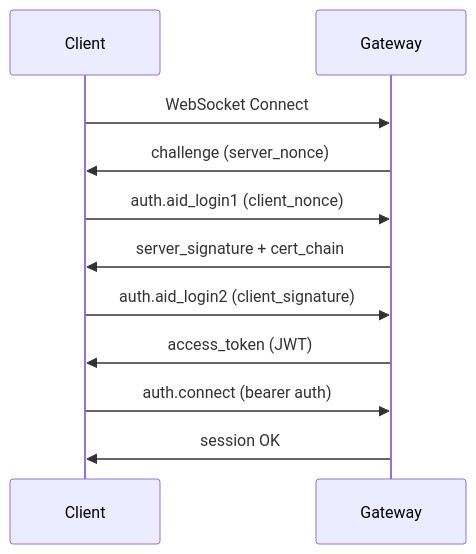
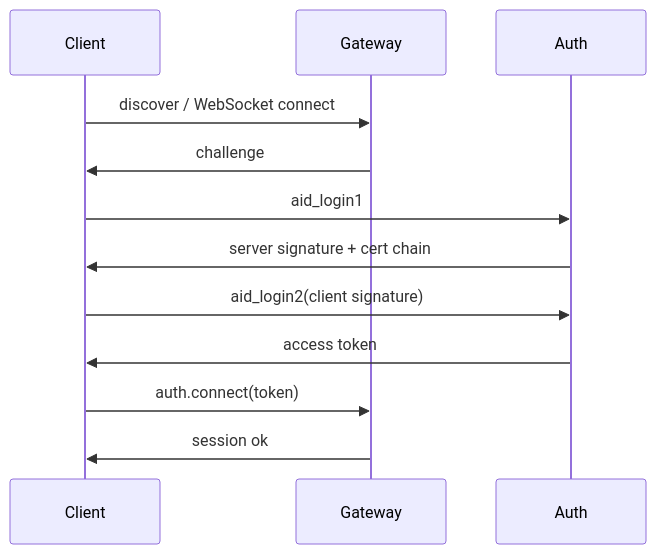
The second of 2 diagrams in docs/sdk/03-核心概念.md (ModelUnion/aun-sdk-core), drawn with Mermaid before and after one commit. The commit also changed other lines of this file and 195 other files, not shown here.

Commit message:
feat(sdk): v0.4.0 — AID/AIDStore/Result/ErrorCode 重构 + 删除 auth/custody/meta 命名空间 + 9态状态机 + Go/TS/JS 跨语言对齐 + CHANGELOG

````diff
--- a/docs/sdk/03-核心概念.md
+++ b/docs/sdk/03-核心概念.md
@@ -74,17 +91,15 @@
 ```mermaid
 sequenceDiagram
     participant Client
     participant Gateway
+    participant Auth
 
-    Client->>Gateway: WebSocket Connect
-    Gateway->>Client: challenge (server_nonce)
-
-    Client->>Gateway: auth.aid_login1 (client_nonce)
-    Gateway->>Client: server_signature + cert_chain
-
-    Client->>Gateway: auth.aid_login2 (client_signature)
-    Gateway->>Client: access_token (JWT)
-
-    Client->>Gateway: auth.connect (bearer auth)
-    Gateway->>Client: session OK
+    Client->>Gateway: discover / WebSocket connect
+    Gateway->>Client: challenge
+    Client->>Auth: aid_login1
+    Auth->>Client: server signature + cert chain
+    Client->>Auth: aid_login2(client signature)
+    Auth->>Client: access token
+    Client->>Gateway: auth.connect(token)
+    Gateway->>Client: session ok
 ```
````
